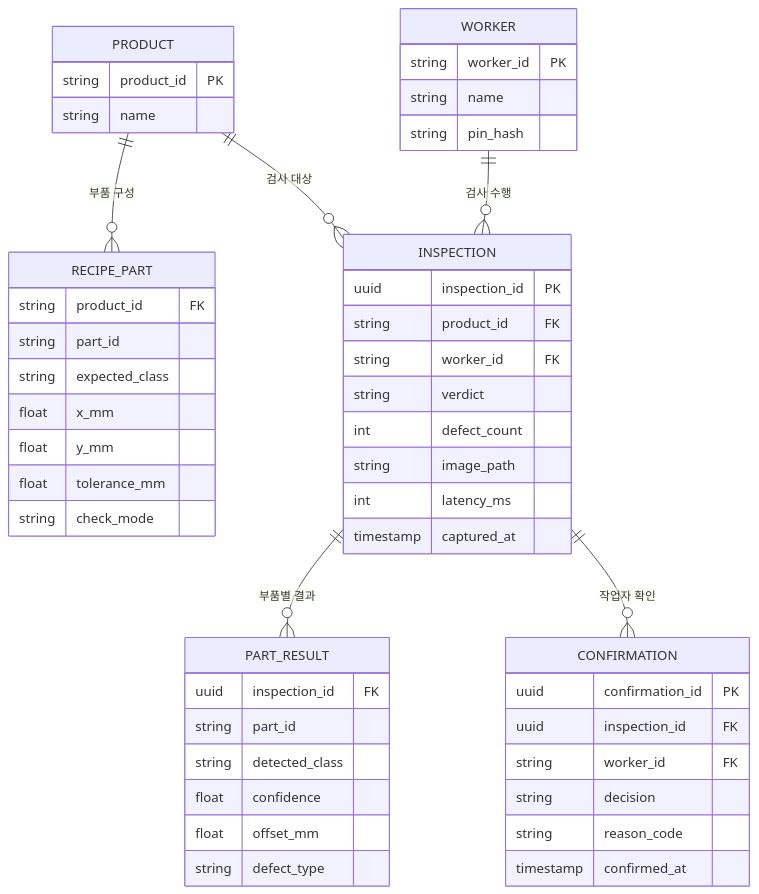
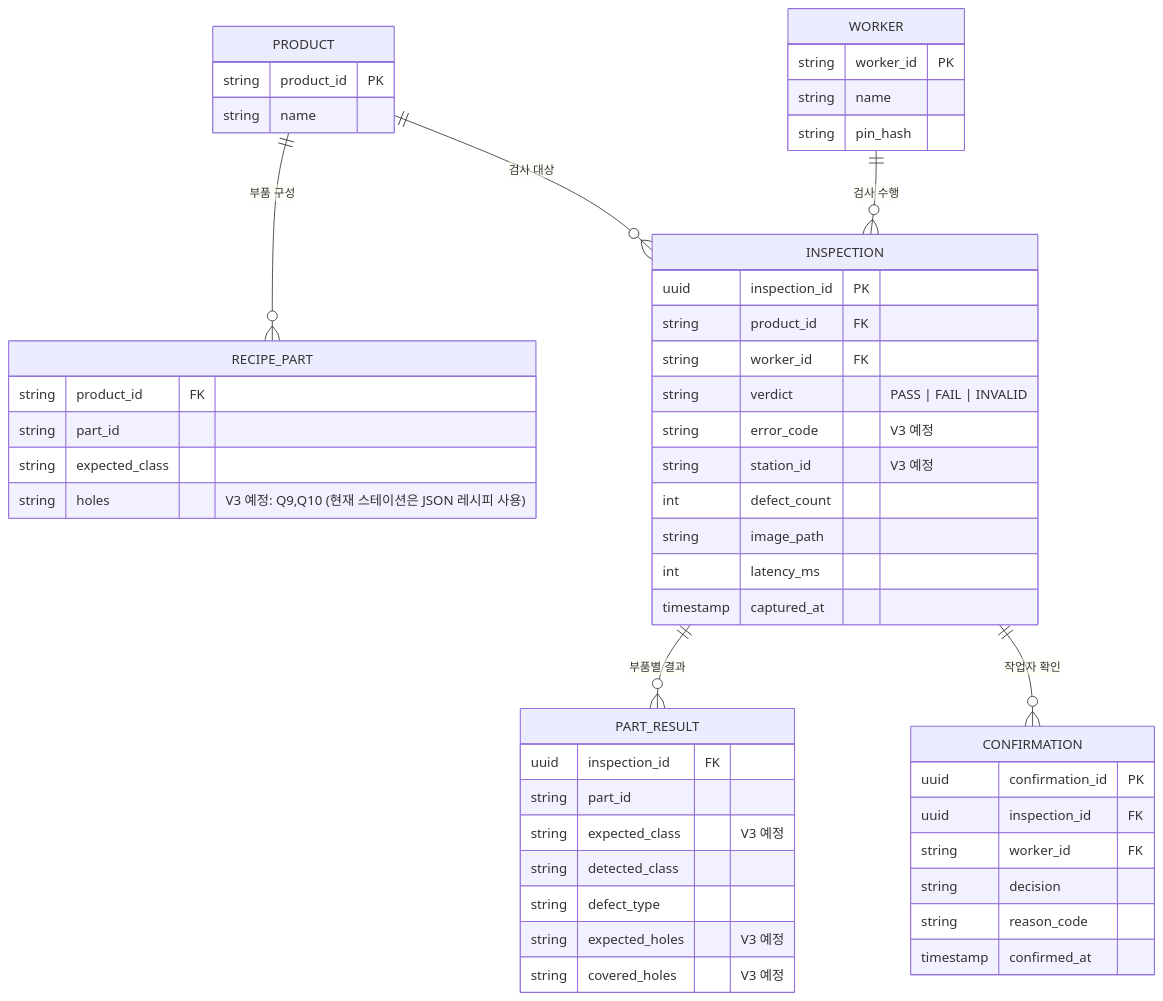
The third of 3 diagrams in README.md (JIWOO1127/pcb-aoi-station), drawn with Mermaid before and after one commit. The commit also changed other lines of this file and 1 other file, not shown here.

````diff
--- a/README.md
+++ b/README.md
@@ -104,53 +120,53 @@
 ```mermaid
 erDiagram
     PRODUCT ||--o{ RECIPE_PART : "부품 구성"
     PRODUCT ||--o{ INSPECTION : "검사 대상"
     WORKER ||--o{ INSPECTION : "검사 수행"
     INSPECTION ||--o{ PART_RESULT : "부품별 결과"
     INSPECTION ||--o{ CONFIRMATION : "작업자 확인"
 
     PRODUCT {
         string product_id PK
         string name
     }
     RECIPE_PART {
         string product_id FK
         string part_id
         string expected_class
-        float x_mm
-        float y_mm
-        float tolerance_mm
-        string check_mode
+        string holes "V3 예정: Q9,Q10 (현재 스테이션은 JSON 레시피 사용)"
     }
     WORKER {
         string worker_id PK
         string name
         string pin_hash
     }
     INSPECTION {
         uuid inspection_id PK
         string product_id FK
         string worker_id FK
-        string verdict
+        string verdict "PASS | FAIL | INVALID"
+        string error_code "V3 예정"
+        string station_id "V3 예정"
         int defect_count
         string image_path
         int latency_ms
         timestamp captured_at
     }
     PART_RESULT {
         uuid inspection_id FK
         string part_id
+        string expected_class "V3 예정"
         string detected_class
-        float confidence
-        float offset_mm
         string defect_type
+        string expected_holes "V3 예정"
+        string covered_holes "V3 예정"
     }
     CONFIRMATION {
         uuid confirmation_id PK
         uuid inspection_id FK
         string worker_id FK
         string decision
         string reason_code
         timestamp confirmed_at
     }
 ```
````
